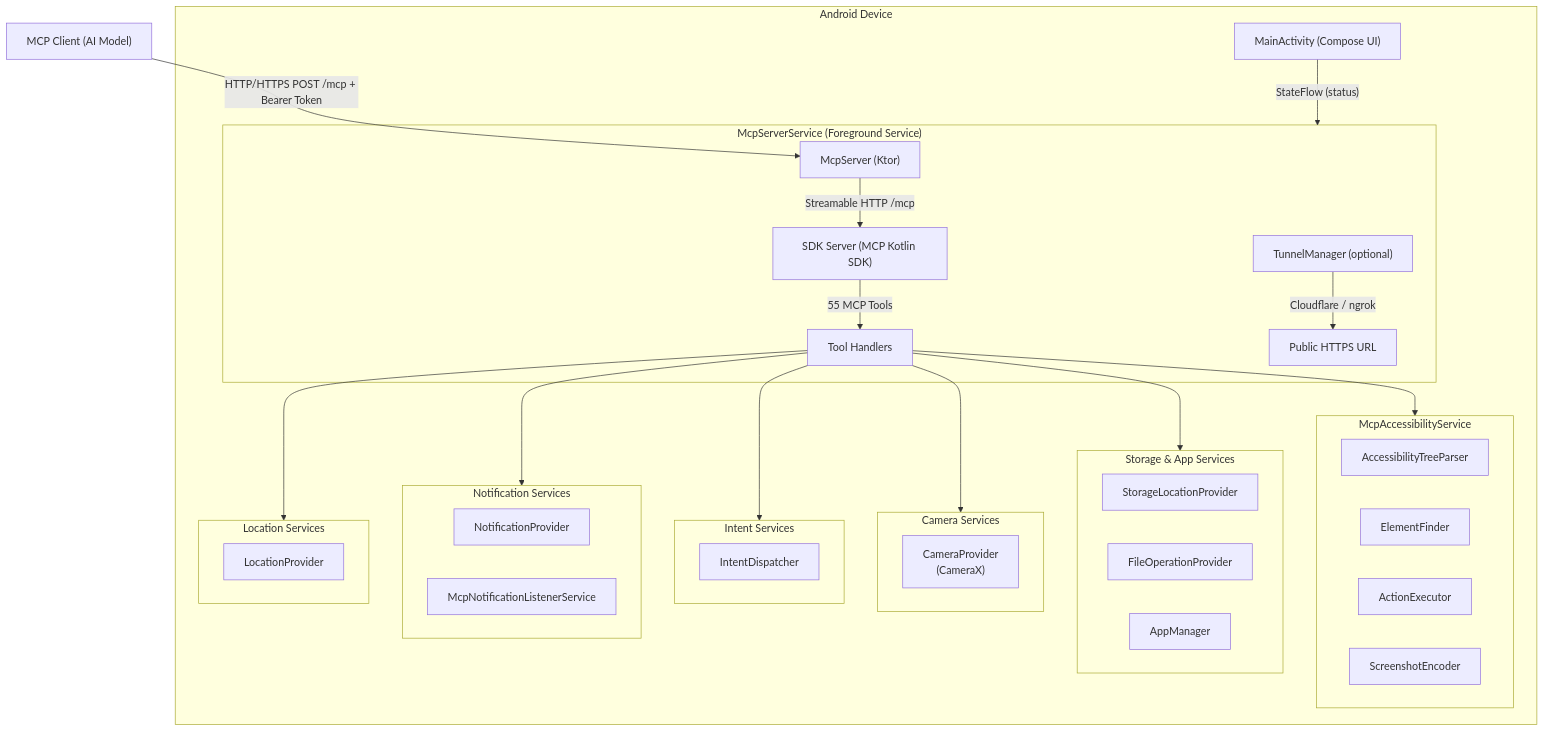
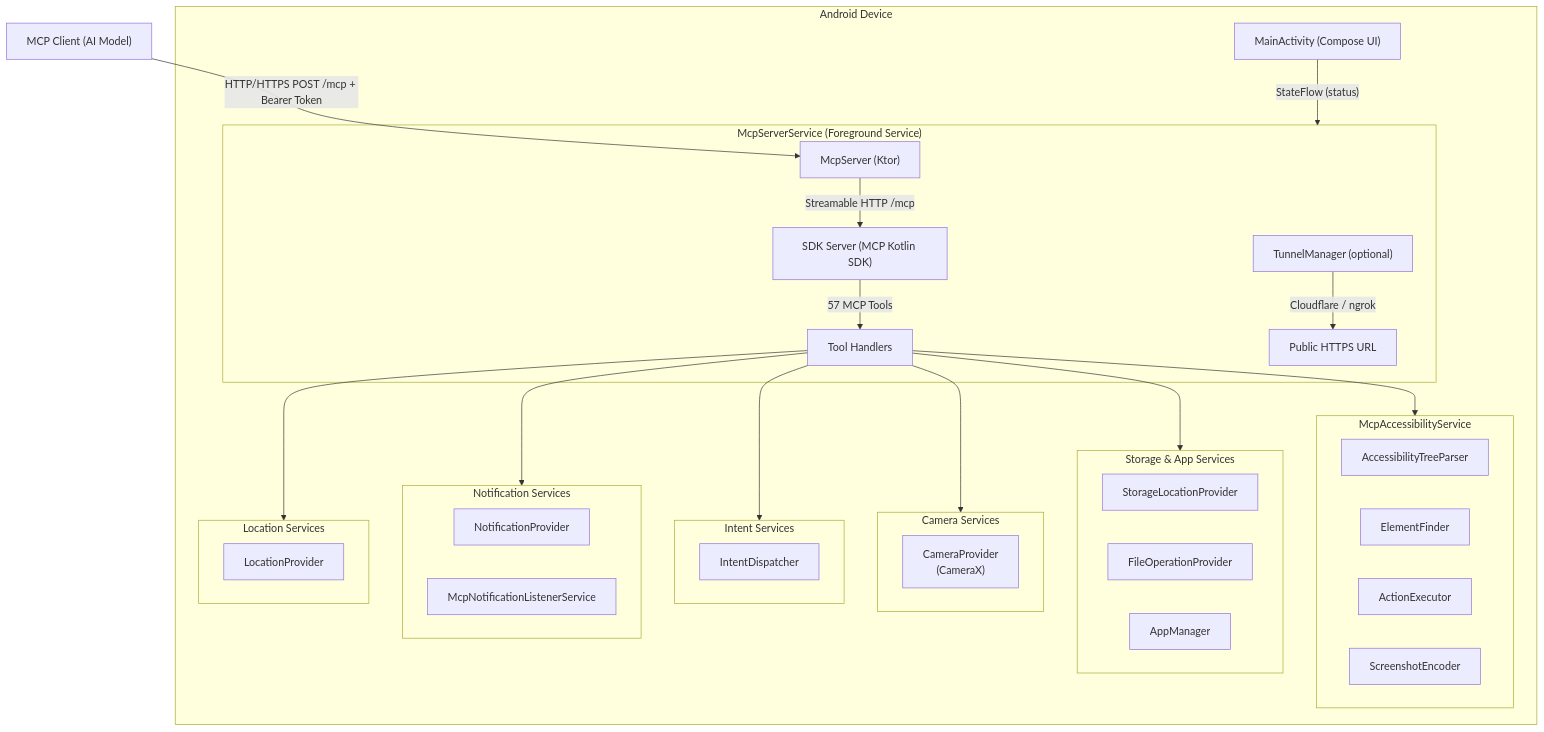
The diagram in CONTRIBUTING.md (Arvind-dev-india/android-remote-control-mcp), drawn with Mermaid before and after one commit. The commit also changed other lines of this file and 1 other file, not shown here.

Commit message:
docs: fix MCP tool count to 57 across 14 categories
PROJECT.md and CONTRIBUTING.md still advertised 55 tools / 13
categories. The server registers 57 tools across 14 categories:
PROJECT.md was missing android_tap_node from the Node Action table
and the entire Location Tools and Sharing Tools sections.
README.md and MCP_TOOLS.md were already correct.

````diff
--- a/CONTRIBUTING.md
+++ b/CONTRIBUTING.md
@@ -152,55 +152,55 @@
 ```mermaid
 graph TB
     Client["MCP Client (AI Model)"]
     Client -->|"HTTP/HTTPS POST /mcp + Bearer Token"| McpServer
 
     subgraph Device["Android Device"]
         subgraph McpServerService["McpServerService (Foreground Service)"]
             McpServer["McpServer (Ktor)"]
             McpServer -->|"Streamable HTTP /mcp"| SDK["SDK Server (MCP Kotlin SDK)"]
-            SDK -->|"55 MCP Tools"| Tools["Tool Handlers"]
+            SDK -->|"57 MCP Tools"| Tools["Tool Handlers"]
             TunnelMgr["TunnelManager (optional)"]
             TunnelMgr -->|"Cloudflare / ngrok"| PublicURL["Public HTTPS URL"]
         end
 
         subgraph Accessibility["McpAccessibilityService"]
             TreeParser["AccessibilityTreeParser"]
             ElemFinder["ElementFinder"]
             ActionExec["ActionExecutor"]
             ScreenEnc["ScreenshotEncoder"]
         end
 
         subgraph Storage["Storage & App Services"]
             StorageProv["StorageLocationProvider"]
             FileOps["FileOperationProvider"]
             AppMgr["AppManager"]
         end
 
         subgraph CameraSvc["Camera Services"]
             CamProv["CameraProvider\n(CameraX)"]
         end
 
         subgraph IntentSvc["Intent Services"]
             IntentDisp["IntentDispatcher"]
         end
 
         subgraph NotifSvc["Notification Services"]
             NotifProv["NotificationProvider"]
             NotifListener["McpNotificationListenerService"]
         end
 
         subgraph LocSvc["Location Services"]
             LocProv["LocationProvider"]
         end
 
         MainActivity["MainActivity (Compose UI)"]
 
         Tools --> Accessibility
         Tools --> Storage
         Tools --> CameraSvc
         Tools --> IntentSvc
         Tools --> NotifSvc
         Tools --> LocSvc
         MainActivity -->|"StateFlow (status)"| McpServerService
     end
 ```
````
